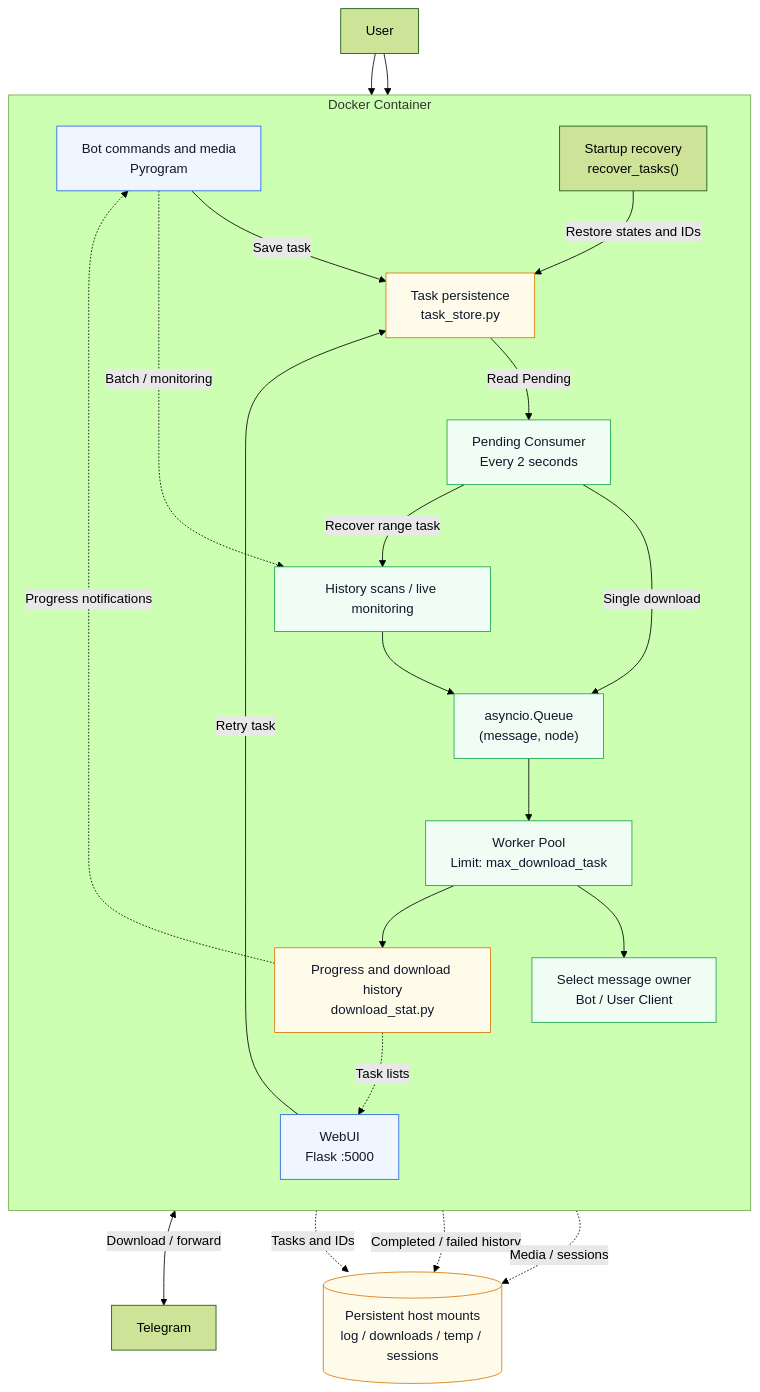
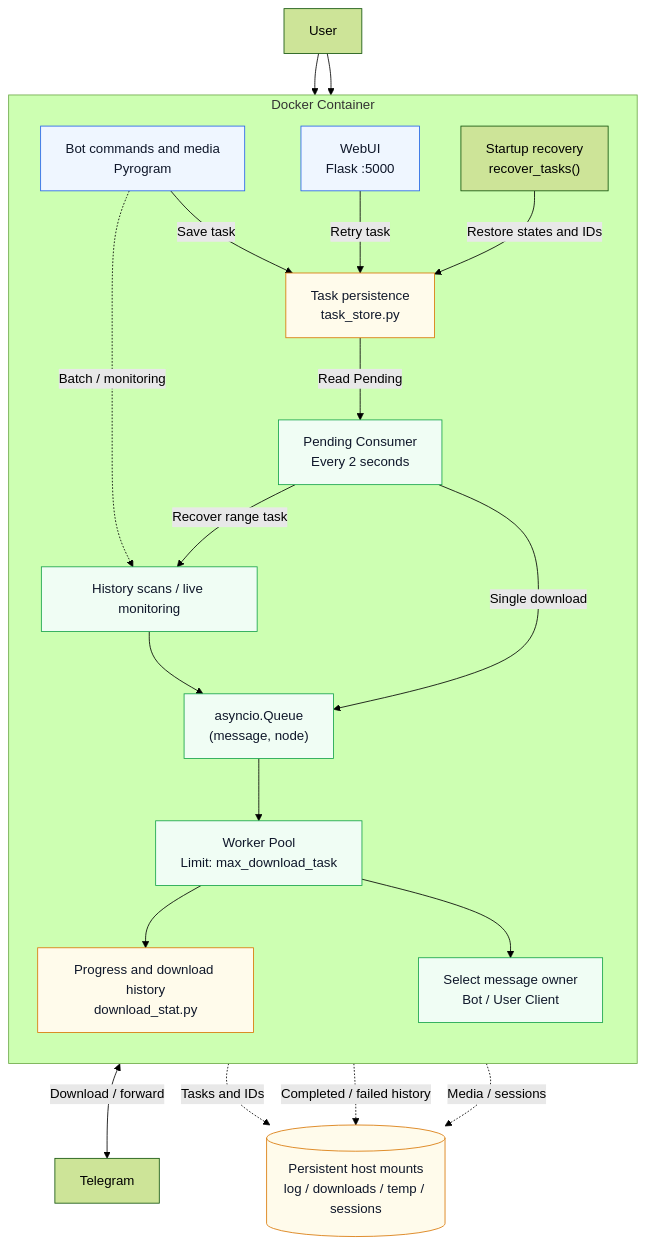
One commit to smilekevin/TGPorter changed the first of 2 diagrams in README_CN.md. Above: the diagram before and after it, drawn with Mermaid (forest theme). The commit also changed other lines of this file and 1 other file, not shown here.

Commit message:
docs: simplify architecture diagram routing

````diff
--- a/README_CN.md
+++ b/README_CN.md
@@ -144,48 +144,46 @@
 ```mermaid
 flowchart TB
     User["User"]
     Telegram["Telegram"]
 
     subgraph Container["Docker Container"]
         direction TB
         Bot["Bot commands and media<br/>Pyrogram"]
         Web["WebUI<br/>Flask :5000"]
         Store["Task persistence<br/>task_store.py"]
         Recovery["Startup recovery<br/>recover_tasks()"]
         Consumer["Pending Consumer<br/>Every 2 seconds"]
         Scan["History scans / live monitoring"]
         Queue["asyncio.Queue<br/>(message, node)"]
         Workers["Worker Pool<br/>Limit: max_download_task"]
         Clients["Select message owner<br/>Bot / User Client"]
         Stats["Progress and download history<br/>download_stat.py"]
     end
 
     Data[("Persistent host mounts<br/>log / downloads / temp / sessions")]
 
     User --> Bot
     User --> Web
     Bot -->|Save task| Store
     Web -->|Retry task| Store
     Recovery -->|Restore states and IDs| Store
     Store -->|Read Pending| Consumer
     Consumer -->|Single download| Queue
     Consumer -->|Recover range task| Scan
     Bot -.->|Batch / monitoring| Scan
     Scan --> Queue
     Queue --> Workers
     Workers --> Clients
     Clients <-->|Download / forward| Telegram
     Workers --> Stats
-    Stats -.->|Task lists| Web
-    Stats -.->|Progress notifications| Bot
     Store -.->|Tasks and IDs| Data
     Stats -.->|Completed / failed history| Data
     Clients -.->|Media / sessions| Data
 
     classDef entry fill:#eff6ff,stroke:#2563eb,color:#0f172a
     classDef pipeline fill:#f0fdf4,stroke:#16a34a,color:#0f172a
     classDef storage fill:#fffbeb,stroke:#d97706,color:#0f172a
     class Bot,Web entry
     class Consumer,Scan,Queue,Workers,Clients pipeline
     class Store,Stats,Data storage
 ```
````
